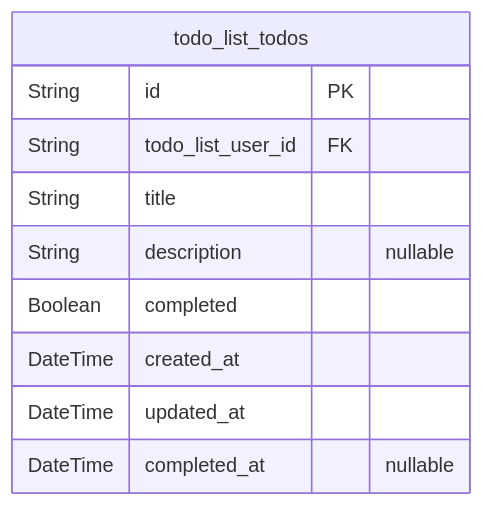
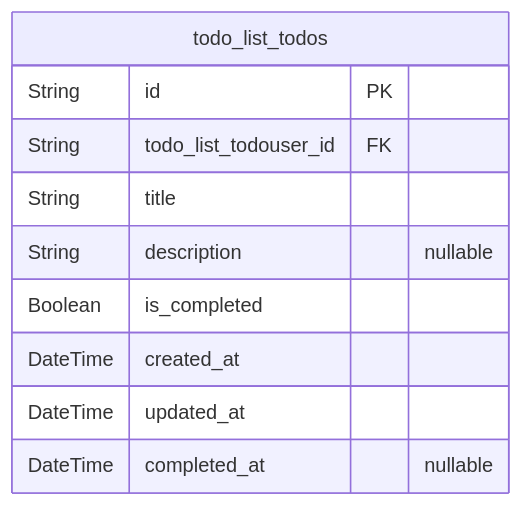
The second of 2 diagrams in openai/gpt-4.1/todo/docs/ERD.md (wrtnlabs/autobe-examples), drawn with Mermaid before and after one commit. The commit also changed other lines of this file and 16146 other files, not shown here.

````diff
--- a/openai/gpt-4.1/todo/docs/ERD.md
+++ b/openai/gpt-4.1/todo/docs/ERD.md
@@ -57,13 +84,13 @@
 ```mermaid
 erDiagram
 "todo_list_todos" {
   String id PK
-  String todo_list_user_id FK
+  String todo_list_todouser_id FK
   String title
   String description "nullable"
-  Boolean completed
+  Boolean is_completed
   DateTime created_at
   DateTime updated_at
   DateTime completed_at "nullable"
 }
 ```
````
